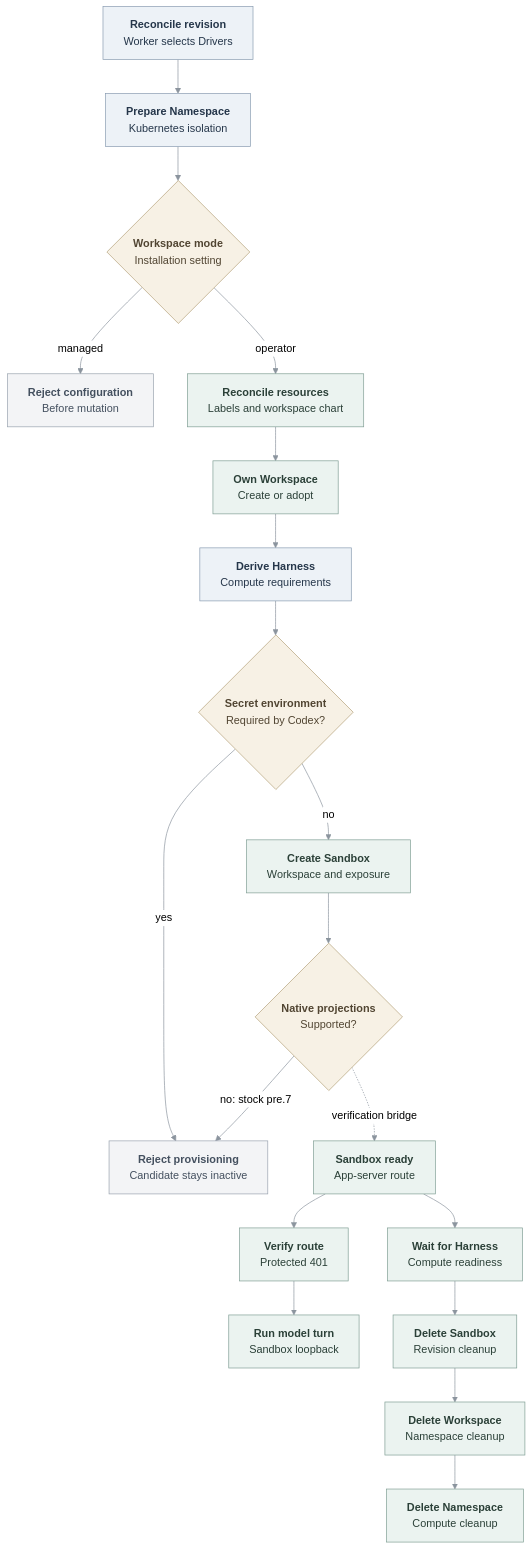
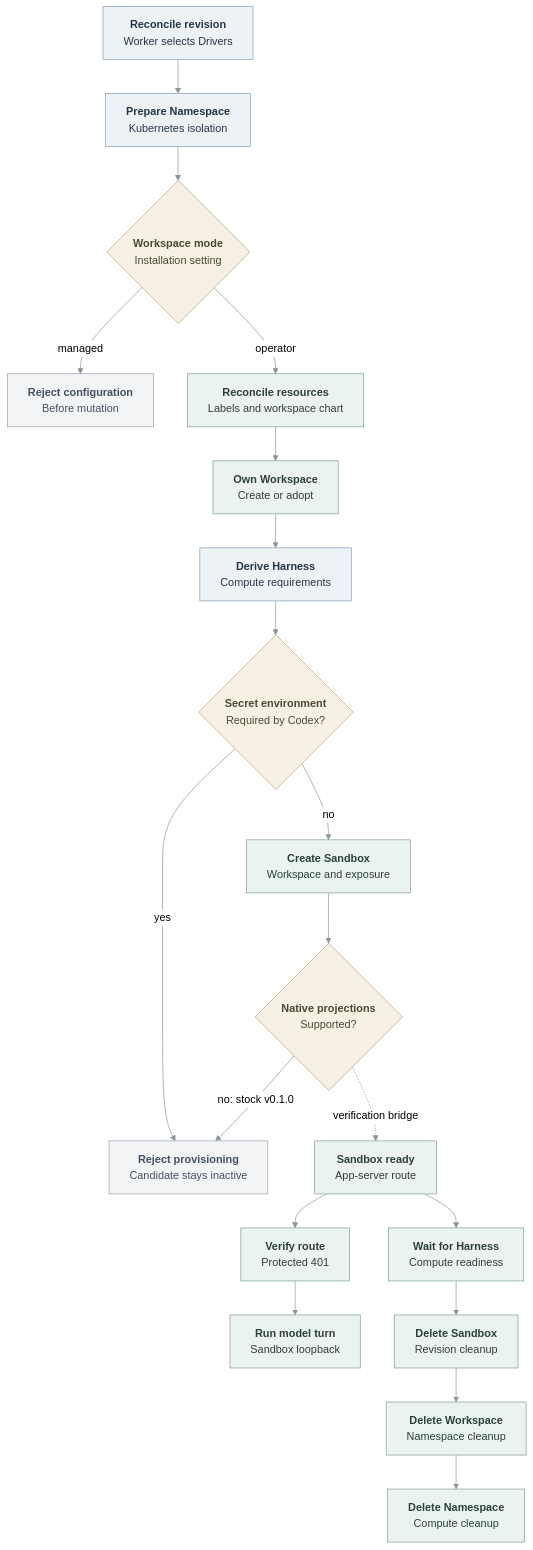
Before and after one commit to IsaiahStapleton/openclaw-enterprise: the diagram in docs/flows/openshell-sandbox-provisioning.md, drawn with Mermaid (neutral theme). The commit also changed other lines of this file and 18 other files, not shown here.

````diff
--- a/docs/flows/openshell-sandbox-provisioning.md
+++ b/docs/flows/openshell-sandbox-provisioning.md
@@ -47,31 +47,31 @@
 ```mermaid
 graph TD
   A["<b>Reconcile revision</b><br/>Worker selects Drivers"] --> B["<b>Prepare Namespace</b><br/>Kubernetes isolation"]
   B --> C{"<b>Workspace mode</b><br/>Installation setting"}
   C -- "managed" --> X["<b>Reject configuration</b><br/>Before mutation"]
   C -- "operator" --> D["<b>Reconcile resources</b><br/>Labels and workspace chart"]
   D --> E["<b>Own Workspace</b><br/>Create or adopt"]
   E --> F["<b>Derive Harness</b><br/>Compute requirements"]
   F --> G{"<b>Secret environment</b><br/>Required by Codex?"}
   G -- "yes" --> R["<b>Reject provisioning</b><br/>Candidate stays inactive"]
   G -- "no" --> H["<b>Create Sandbox</b><br/>Workspace and exposure"]
   H --> I{"<b>Native projections</b><br/>Supported?"}
-  I -- "no: stock pre.7" --> R
+  I -- "no: stock v0.1.0" --> R
   I -. "verification bridge" .-> J["<b>Sandbox ready</b><br/>App-server route"]
   J --> K["<b>Verify route</b><br/>Protected 401"]
   K --> L["<b>Run model turn</b><br/>Sandbox loopback"]
   J --> M["<b>Wait for Harness</b><br/>Compute readiness"]
   M --> N["<b>Delete Sandbox</b><br/>Revision cleanup"]
   N --> O["<b>Delete Workspace</b><br/>Namespace cleanup"]
   O --> P["<b>Delete Namespace</b><br/>Compute cleanup"]
 
   classDef state fill:#EDF2F7,stroke:#879AB0,color:#25364A,stroke-width:1px
   classDef operation fill:#EBF3F0,stroke:#7F9D93,color:#2B4038,stroke-width:1px
   classDef gate fill:#F7F1E5,stroke:#B3A078,color:#514532,stroke-width:1px
   classDef blocked fill:#F3F4F6,stroke:#98A2AE,color:#44505F,stroke-width:1px
   class A,B,F state
   class D,E,H,J,K,L,M,N,O,P operation
   class C,G,I gate
   class X,R blocked
   linkStyle default stroke:#8B949E,stroke-width:1px
 ```
````
